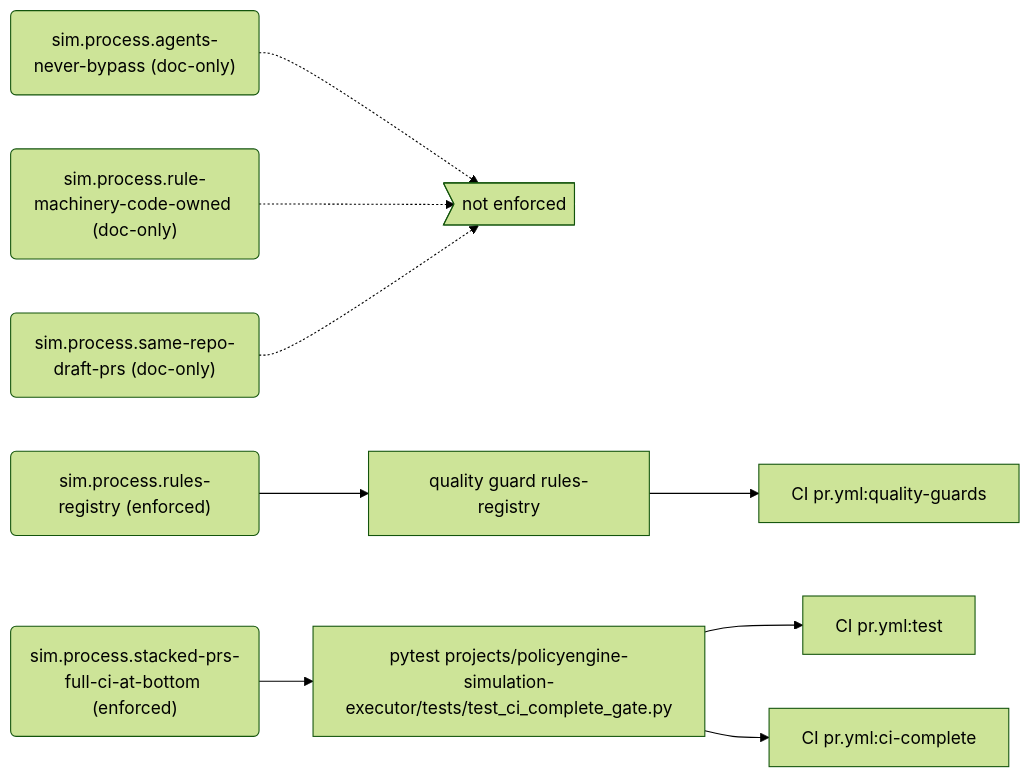
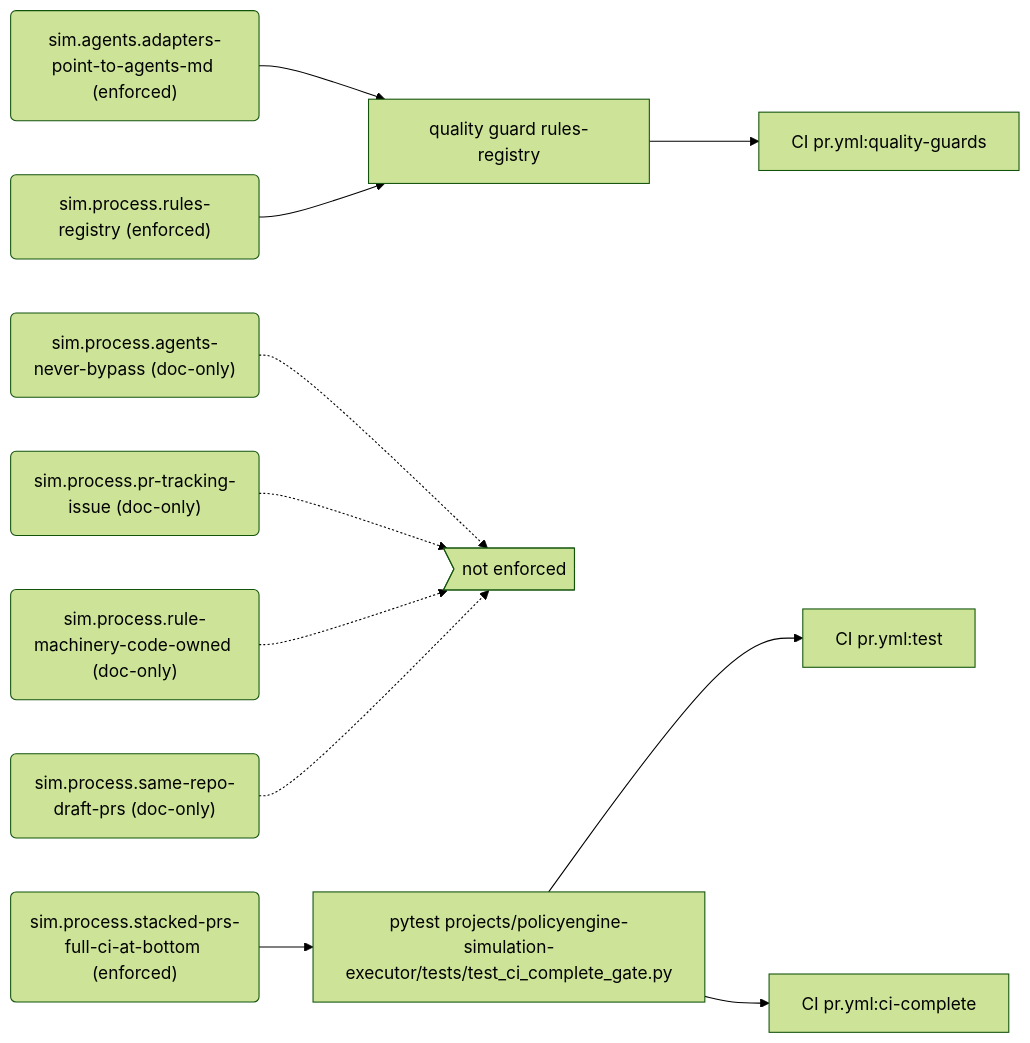
Before and after one commit to PolicyEngine/policyengine-sim-api: the eighth of 8 diagrams in docs/generated/rules.md, drawn with Mermaid (forest theme). The commit also changed other lines of this file and 3 other files, not shown here.

First line of the commit message:
Register the agent-adapter, tracking-issue and CI-script rules

````diff
--- a/docs/generated/rules.md
+++ b/docs/generated/rules.md
@@ -284,22 +310,26 @@
 ```mermaid
 flowchart LR
+  r_sim_agents_adapters_point_to_agents_md("sim.agents.adapters-point-to-agents-md (enforced)")
+  e_quality_guard_rules_registry["quality guard rules-registry"]
+  j_CI_pr_yml_quality_guards["CI pr.yml:quality-guards"]
   r_sim_process_agents_never_bypass("sim.process.agents-never-bypass (doc-only)")
   gap_unenforced>"not enforced"]
+  r_sim_process_pr_tracking_issue("sim.process.pr-tracking-issue (doc-only)")
   r_sim_process_rule_machinery_code_owned("sim.process.rule-machinery-code-owned (doc-only)")
   r_sim_process_rules_registry("sim.process.rules-registry (enforced)")
-  e_quality_guard_rules_registry["quality guard rules-registry"]
-  j_CI_pr_yml_quality_guards["CI pr.yml:quality-guards"]
   r_sim_process_same_repo_draft_prs("sim.process.same-repo-draft-prs (doc-only)")
   r_sim_process_stacked_prs_full_ci_at_bottom("sim.process.stacked-prs-full-ci-at-bottom (enforced)")
   e_pytest_projects_policyengine_simulation_executor_tests_test_ci_complete_gate_py["pytest projects/policyengine-simulation-executor/tests/test_ci_complete_gate.py"]
   j_CI_pr_yml_test["CI pr.yml:test"]
   j_CI_pr_yml_ci_complete["CI pr.yml:ci-complete"]
+  r_sim_agents_adapters_point_to_agents_md --> e_quality_guard_rules_registry
+  e_quality_guard_rules_registry --> j_CI_pr_yml_quality_guards
   r_sim_process_agents_never_bypass -.-> gap_unenforced
+  r_sim_process_pr_tracking_issue -.-> gap_unenforced
   r_sim_process_rule_machinery_code_owned -.-> gap_unenforced
   r_sim_process_rules_registry --> e_quality_guard_rules_registry
-  e_quality_guard_rules_registry --> j_CI_pr_yml_quality_guards
   r_sim_process_same_repo_draft_prs -.-> gap_unenforced
   r_sim_process_stacked_prs_full_ci_at_bottom --> e_pytest_projects_policyengine_simulation_executor_tests_test_ci_complete_gate_py
   e_pytest_projects_policyengine_simulation_executor_tests_test_ci_complete_gate_py --> j_CI_pr_yml_test
   e_pytest_projects_policyengine_simulation_executor_tests_test_ci_complete_gate_py --> j_CI_pr_yml_ci_complete
 ```
````
